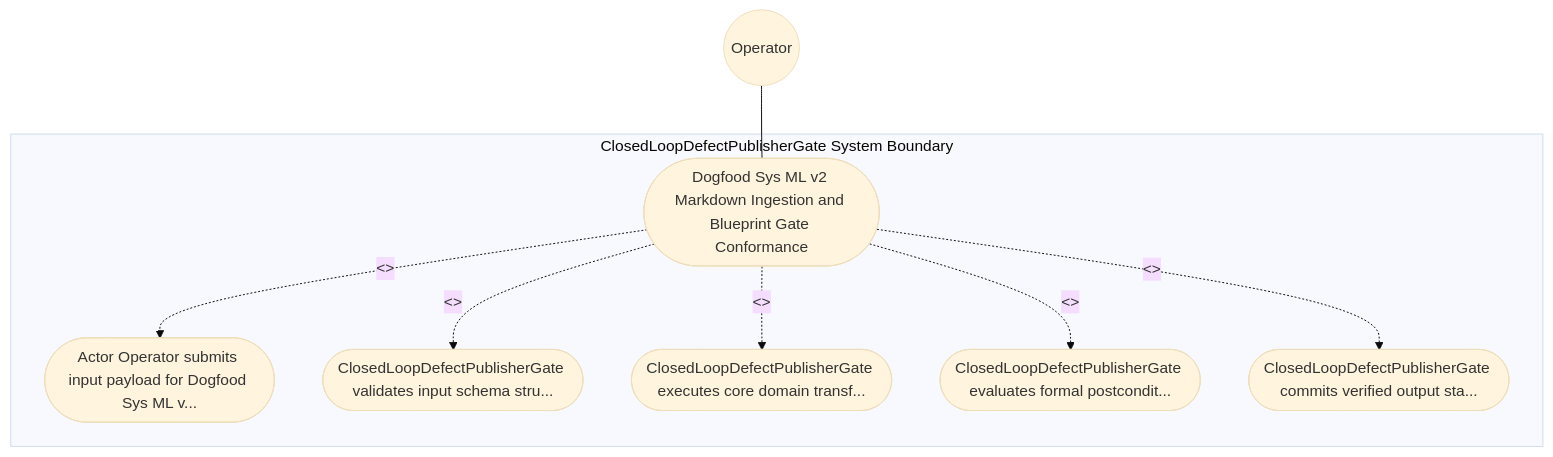
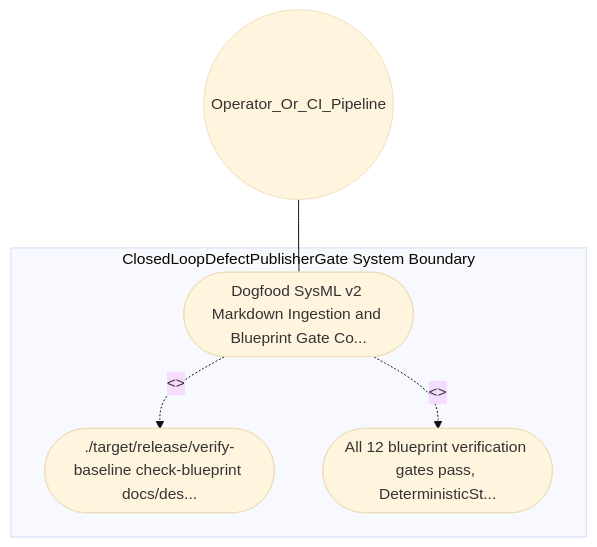
The diagram in .pipeline/upstream/docs/use-cases/UC-31-Dogfood_SysML_v2_Markdown_Ingestion_and_Blueprint_Gate_Conformance.md (gintatkinson/DEAP01-spec-core), drawn with Mermaid (base theme) before and after one commit. The commit also changed other lines of this file and 213 other files, not shown here.

Commit message:
fix(upstream): regenerate blueprint sidecars, upstream dogfood specs, and GitHub backlog (refs #691, #692, #693, #694, #695, #696, #697, #698, #699)

````diff
--- a/.pipeline/upstream/docs/use-cases/UC-31-Dogfood_SysML_v2_Markdown_Ingestion_and_Blueprint_Gate_Conformance.md
+++ b/.pipeline/upstream/docs/use-cases/UC-31-Dogfood_SysML_v2_Markdown_Ingestion_and_Blueprint_Gate_Conformance.md
@@ -16,17 +16,11 @@
 ```mermaid
 graph TD
     subgraph "ClosedLoopDefectPublisherGate System Boundary"
-        UC_Main(["Dogfood Sys ML v2 Markdown Ingestion and Blueprint Gate Conformance"])
-        UC_Step01(["Actor Operator submits input payload for Dogfood Sys ML v..."])
-        UC_Step02(["ClosedLoopDefectPublisherGate validates input schema stru..."])
-        UC_Step03(["ClosedLoopDefectPublisherGate executes core domain transf..."])
-        UC_Step04(["ClosedLoopDefectPublisherGate evaluates formal postcondit..."])
-        UC_Step05(["ClosedLoopDefectPublisherGate commits verified output sta..."])
+        UC_Main(["Dogfood SysML v2 Markdown Ingestion and Blueprint Gate Co..."])
+        UC_Step01(["./target/release/verify-baseline check-blueprint docs/des..."])
+        UC_Step02(["All 12 blueprint verification gates pass, DeterministicSt..."])
     end
-    Operator(("Operator")) --- UC_Main
+    Operator_Or_CI_Pipeline(("Operator_Or_CI_Pipeline")) --- UC_Main
     UC_Main -. "<<include>>" .-> UC_Step01
     UC_Main -. "<<include>>" .-> UC_Step02
-    UC_Main -. "<<include>>" .-> UC_Step03
-    UC_Main -. "<<include>>" .-> UC_Step04
-    UC_Main -. "<<include>>" .-> UC_Step05
 ```
````
